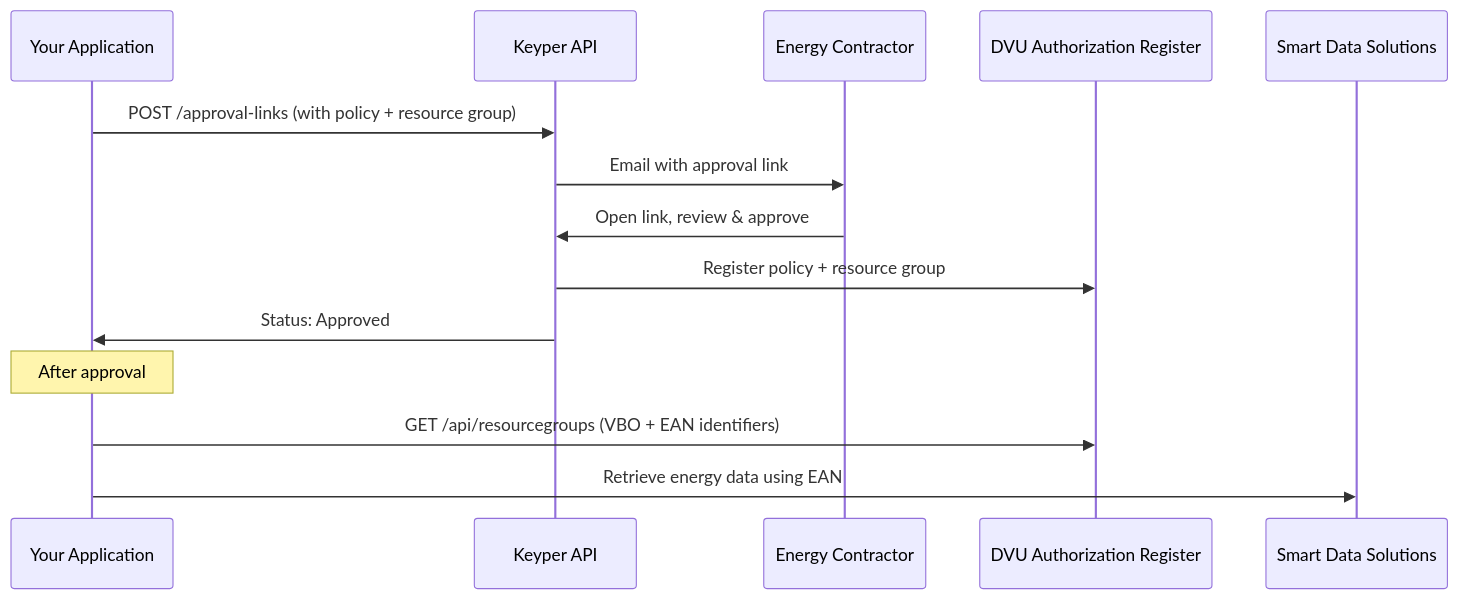
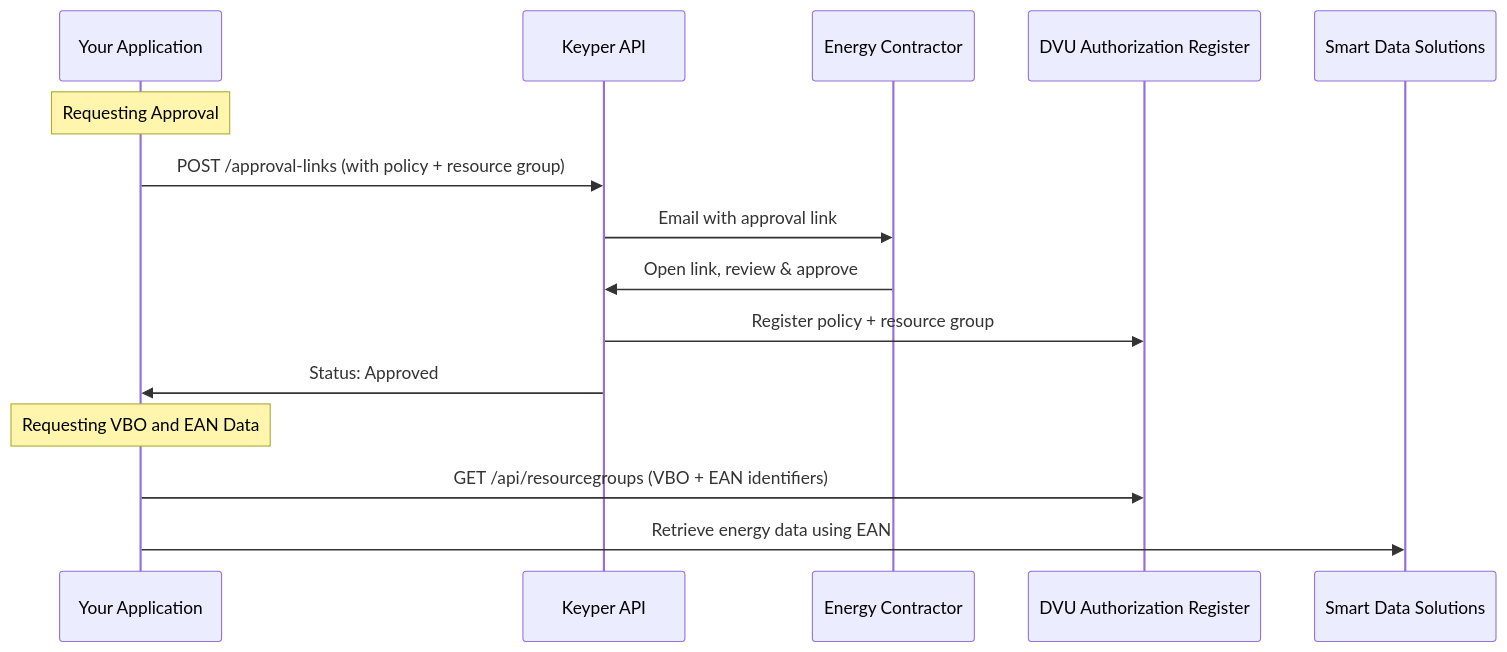
One commit to POORT8/Poort8.Docs changed the diagram in dvu/direct-ean.md. Above: the diagram before and after it, drawn with Mermaid. The commit also changed other lines of this file and 5 other files, not shown here.

````diff
--- a/dvu/direct-ean.md
+++ b/dvu/direct-ean.md
@@ -13,16 +11,17 @@
 ```mermaid
 sequenceDiagram
     participant App as Your Application
     participant Keyper as Keyper API
     participant EC as Energy Contractor
     participant AR as DVU Authorization Register
     participant SDS as Smart Data Solutions
+    Note over App: Requesting Approval
     App->>Keyper: POST /approval-links (with policy + resource group)
     Keyper->>EC: Email with approval link
     EC->>Keyper: Open link, review & approve
     Keyper->>AR: Register policy + resource group
     Keyper->>App: Status: Approved
-    Note over App: After approval
+    Note over App: Requesting VBO and EAN Data
     App->>AR: GET /api/resourcegroups (VBO + EAN identifiers)
     App->>SDS: Retrieve energy data using EAN
 ```
````
